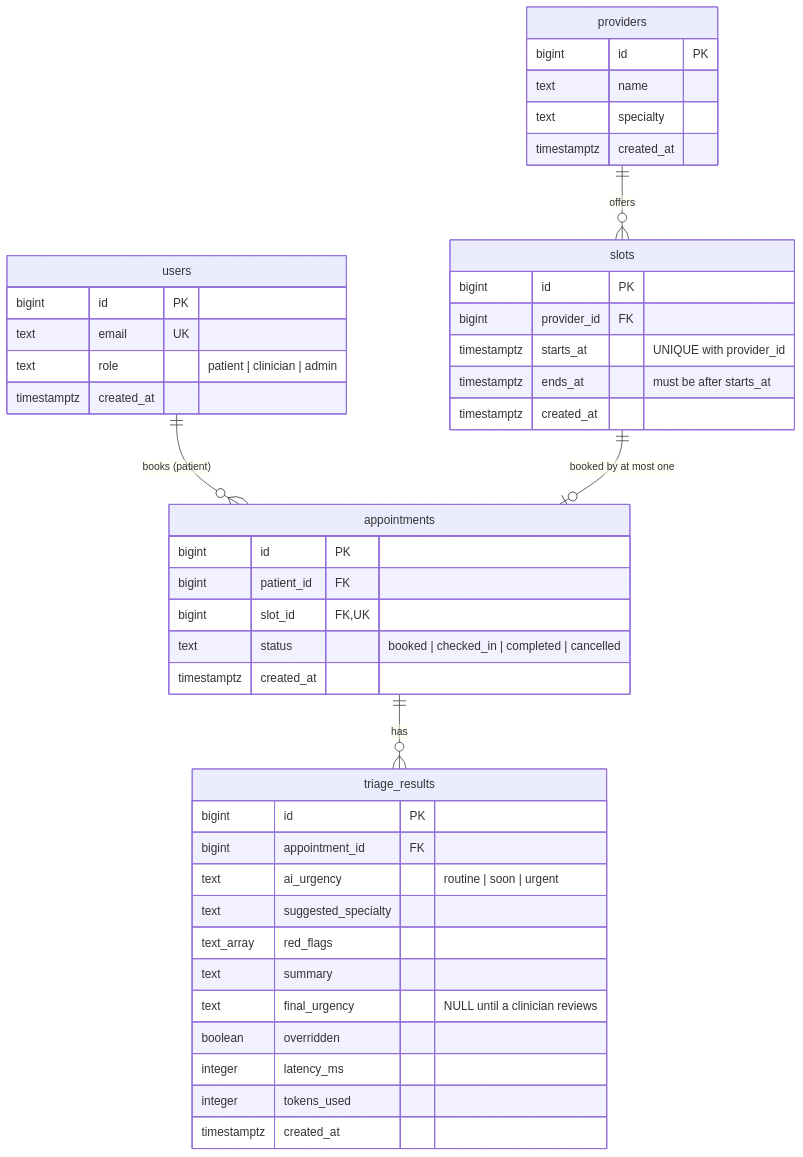
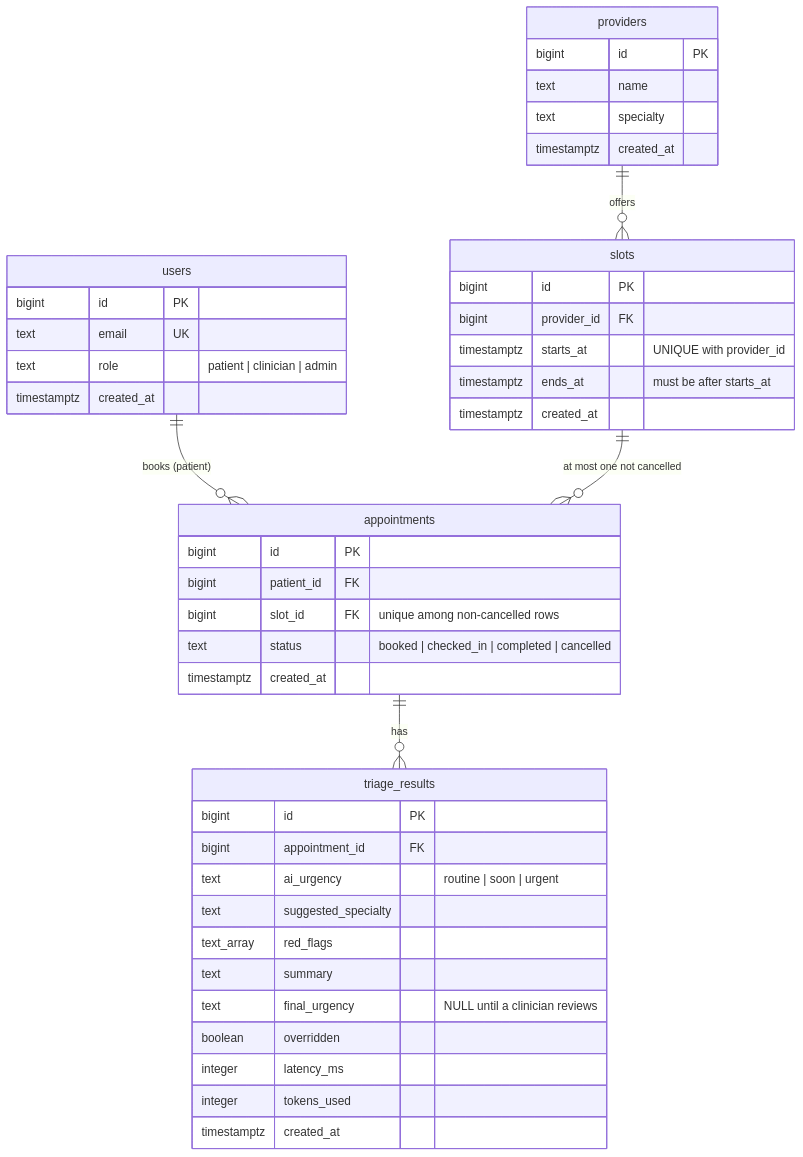
One commit to TilokJahan/Clinic-portal changed the diagram in docs/schema.md. Above: the diagram before and after it, drawn with Mermaid. The commit also changed other lines of this file and 3 other files, not shown here.

First line of the commit message:
Let cancelled slots be rebooked, fix CI workflow, test docker compose

````diff
--- a/docs/schema.md
+++ b/docs/schema.md
@@ -6,47 +6,47 @@
 ```mermaid
 erDiagram
     users ||--o{ appointments : "books (patient)"
     providers ||--o{ slots : offers
-    slots ||--o| appointments : "booked by at most one"
+    slots ||--o{ appointments : "at most one not cancelled"
     appointments ||--o{ triage_results : has
 
     users {
         bigint id PK
         text email UK
         text role "patient | clinician | admin"
         timestamptz created_at
     }
     providers {
         bigint id PK
         text name
         text specialty
         timestamptz created_at
     }
     slots {
         bigint id PK
         bigint provider_id FK
         timestamptz starts_at "UNIQUE with provider_id"
         timestamptz ends_at "must be after starts_at"
         timestamptz created_at
     }
     appointments {
         bigint id PK
         bigint patient_id FK
-        bigint slot_id FK,UK
+        bigint slot_id FK "unique among non-cancelled rows"
         text status "booked | checked_in | completed | cancelled"
         timestamptz created_at
     }
     triage_results {
         bigint id PK
         bigint appointment_id FK
         text ai_urgency "routine | soon | urgent"
         text suggested_specialty
         text_array red_flags
         text summary
         text final_urgency "NULL until a clinician reviews"
         boolean overridden
         integer latency_ms
         integer tokens_used
         timestamptz created_at
     }
 ```
````
